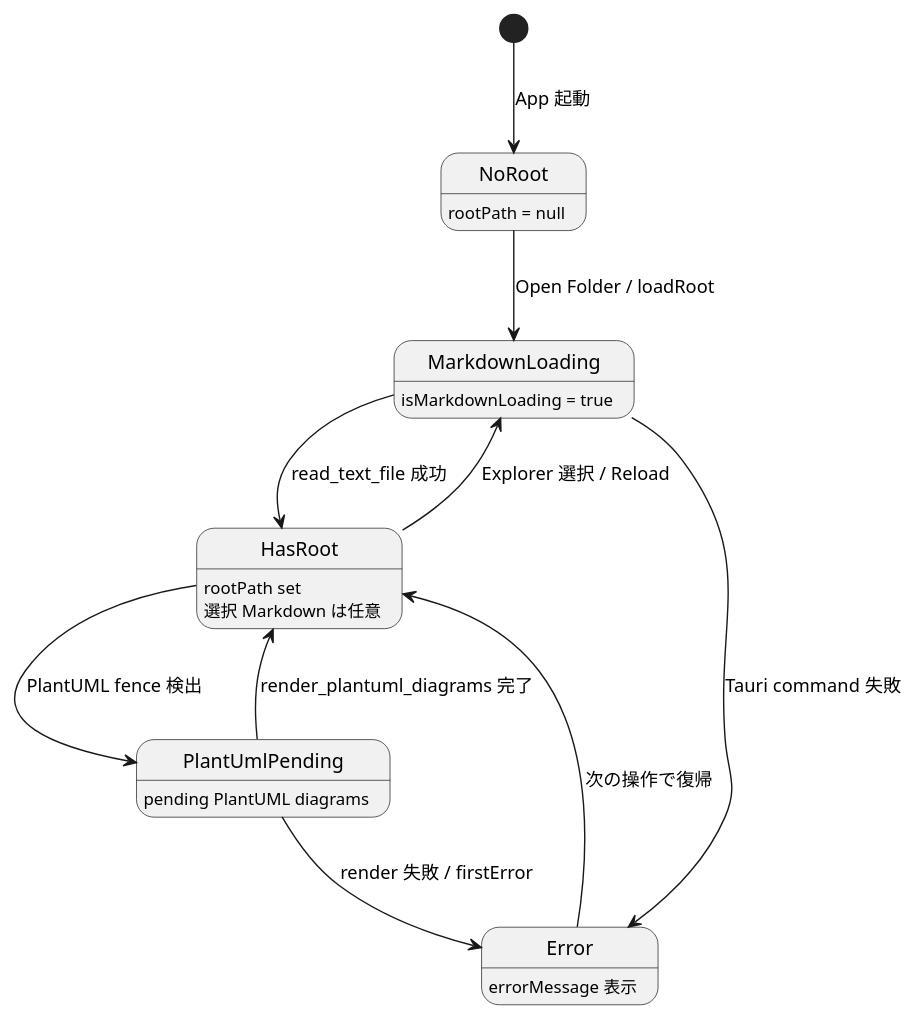
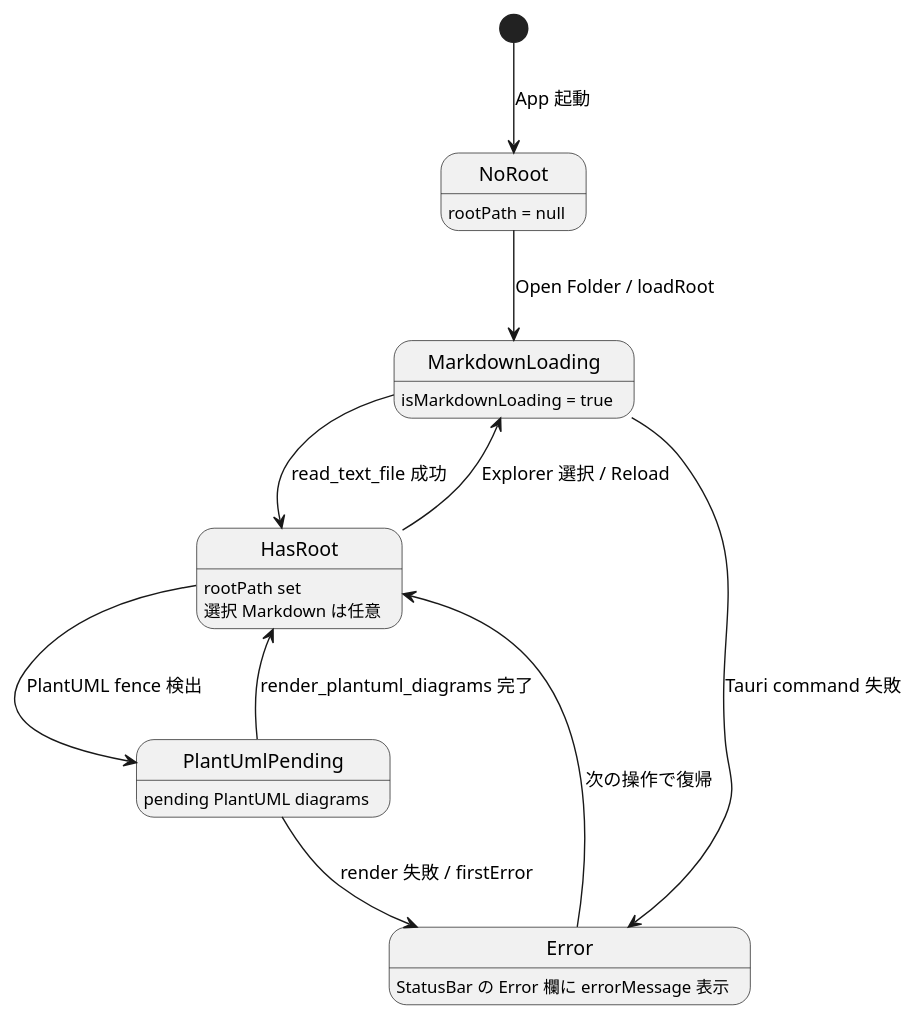
The third of 3 diagrams in docs/components/tauri_viewer/basic_design.md (an-embedded-engineer/MarkdownViewer), drawn with PlantUML before and after one commit. The commit also changed other lines of this file and 7 other files, not shown here.

Commit message:
feat: add Tauri menu bar and status bar

````diff
--- a/docs/components/tauri_viewer/basic_design.md
+++ b/docs/components/tauri_viewer/basic_design.md
@@ -139,22 +139,22 @@
 ```plantuml
 @startuml
 skinparam shadowing false
 
 [*] --> NoRoot : App 起動
 
 state NoRoot : rootPath = null
 state HasRoot : rootPath set\n選択 Markdown は任意
 state MarkdownLoading : isMarkdownLoading = true
 state PlantUmlPending : pending PlantUML diagrams
-state Error : errorMessage 表示
+state Error : StatusBar の Error 欄に errorMessage 表示
 
 NoRoot --> MarkdownLoading : Open Folder / loadRoot
 HasRoot --> MarkdownLoading : Explorer 選択 / Reload
 MarkdownLoading --> HasRoot : read_text_file 成功
 MarkdownLoading --> Error : Tauri command 失敗
 HasRoot --> PlantUmlPending : PlantUML fence 検出
 PlantUmlPending --> HasRoot : render_plantuml_diagrams 完了
 PlantUmlPending --> Error : render 失敗 / firstError
 Error --> HasRoot : 次の操作で復帰
 @enduml
 ```
````
